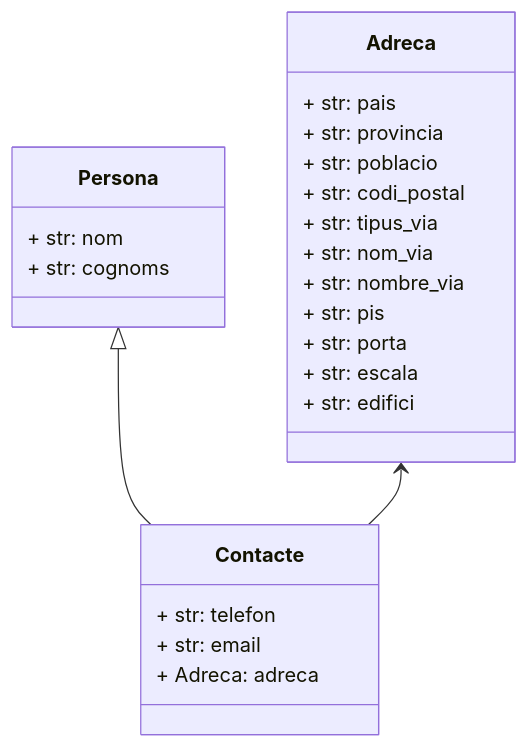
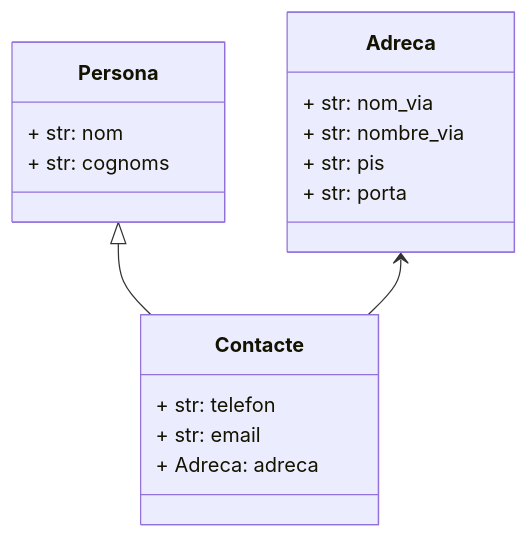
One commit to xaviQuesadaJDA/api_rest_agenda changed the diagram in README.md. Above: the diagram before and after it, drawn with Mermaid. The commit also changed 3 other files, not shown here.

````diff
--- a/README.md
+++ b/README.md
@@ -8,28 +8,21 @@
 ```mermaid
 classDiagram
 
 class Persona{
     + str: nom
     + str: cognoms
 }
 class Contacte{
     + str: telefon
     + str: email
     + Adreca: adreca
 }
 class Adreca{
-    + str: pais
-    + str: provincia
-    + str: poblacio
-    + str: codi_postal
-    + str: tipus_via
     + str: nom_via
     + str: nombre_via
     + str: pis
     + str: porta
-    + str: escala
-    + str: edifici
 }
 Persona  <|-- Contacte
 Adreca <-- Contacte
 ```
````
